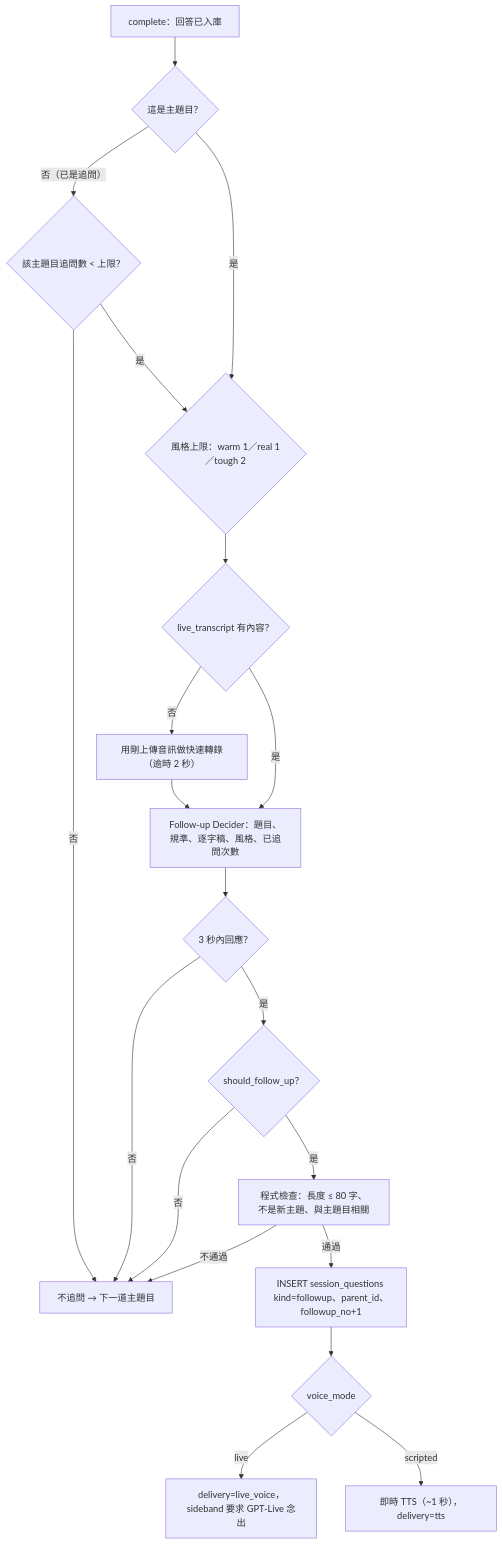
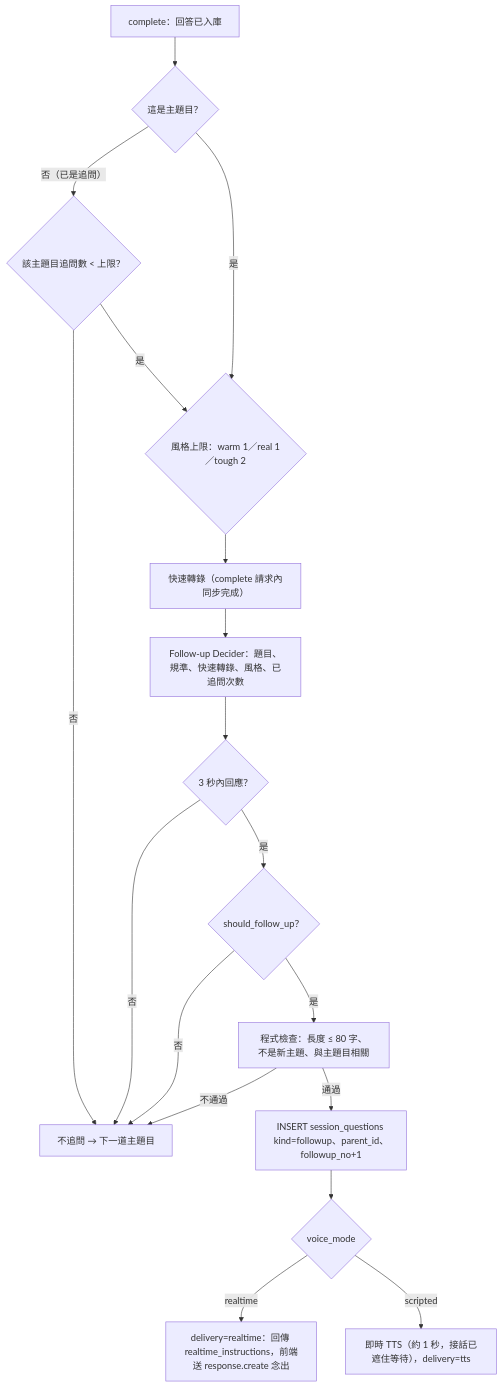
One commit to WilliamTsai1227/AI_Interview changed diagram 19 of 30 in spec/flows.md. Above: the diagram before and after it, drawn with Mermaid. The commit also changed other lines of this file and 4 other files, not shown here.

First line of the commit message:
Switch voice to chained + Realtime, add target jobs page, rework prep page

````diff
--- a/spec/flows.md
+++ b/spec/flows.md
@@ -559,22 +580,20 @@
 ```mermaid
 flowchart TD
     A["complete：回答已入庫"] --> B{"這是主題目？"}
     B -- 否（已是追問） --> B1{"該主題目追問數 < 上限？"}
     B -- 是 --> C
     B1 -- 否 --> Z["不追問 → 下一道主題目"]
     B1 -- 是 --> C{"風格上限：warm 1／real 1／tough 2"}
-    C --> D{"live_transcript 有內容？"}
-    D -- 否 --> D1["用剛上傳音訊做快速轉錄（逾時 2 秒）"]
-    D1 --> E
-    D -- 是 --> E["Follow-up Decider：題目、規準、逐字稿、風格、已追問次數"]
+    C --> D["快速轉錄（complete 請求內同步完成）"]
+    D --> E["Follow-up Decider：題目、規準、快速轉錄、風格、已追問次數"]
     E --> F{"3 秒內回應？"}
     F -- 否 --> Z
     F -- 是 --> G{"should_follow_up？"}
     G -- 否 --> Z
     G -- 是 --> H["程式檢查：長度 ≤ 80 字、不是新主題、與主題目相關"]
     H -- 不通過 --> Z
     H -- 通過 --> I["INSERT session_questions kind=followup、parent_id、followup_no+1"]
     I --> J{"voice_mode"}
-    J -- live --> K["delivery=live_voice，sideband 要求 GPT-Live 念出"]
-    J -- scripted --> L["即時 TTS（~1 秒），delivery=tts"]
+    J -- realtime --> K["delivery=realtime：回傳 realtime_instructions，前端送 response.create 念出"]
+    J -- scripted --> L["即時 TTS（約 1 秒，接話已遮住等待），delivery=tts"]
 ```
````
